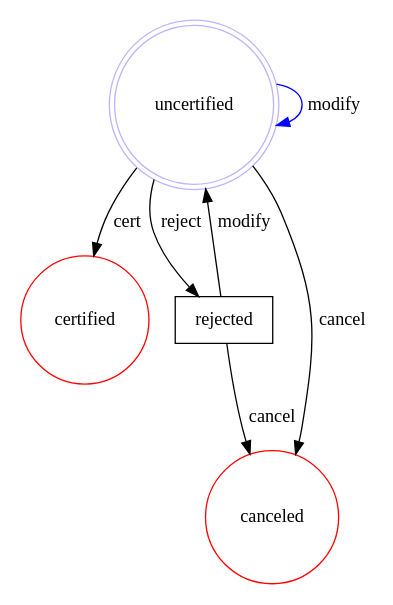
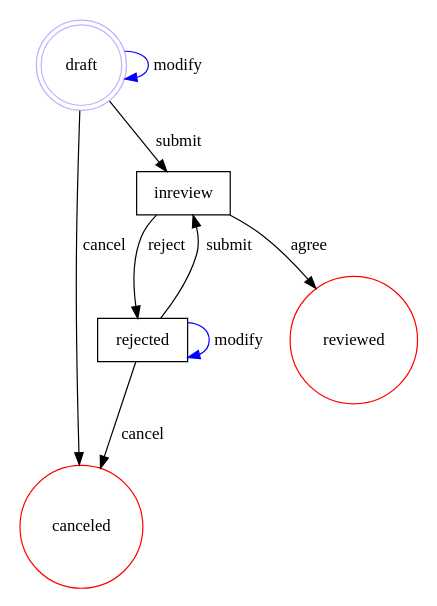
Before and after one commit to clszzyh/flexflow: the diagram in README.md, drawn with Graphviz. The commit also changed other lines of this file and 6 other files, not shown here.

````diff
--- a/README.md
+++ b/README.md
@@ -80,17 +85,20 @@
 ```dot
 // custom_mark10
-digraph verify {
+digraph review {
   size = "4,4";
-  uncertified [label=uncertified,shape=doublecircle,color=".7 .3 1.0"];
-  certified [label=certified,shape=circle,color=red];
+  draft [label=draft,shape=doublecircle,color=".7 .3 1.0"];
+  canceled [label=canceled,shape=circle,color=red];
+  reviewed [label=reviewed,shape=circle,color=red];
   rejected [label=rejected,shape=box];
-  canceled [label=canceled,shape=circle,color=red];
-  uncertified -> certified [label=cert];
-  uncertified -> uncertified [label=modify,color=blue];
-  uncertified -> rejected [label=reject];
-  uncertified -> canceled [label=cancel];
-  rejected -> uncertified [label=modify];
+  inreview [label=inreview,shape=box];
+  draft -> inreview [label=submit];
+  draft -> draft [label=modify,color=blue];
+  draft -> canceled [label=cancel];
+  rejected -> inreview [label=submit];
+  rejected -> rejected [label=modify,color=blue];
   rejected -> canceled [label=cancel];
+  inreview -> reviewed [label=agree];
+  inreview -> rejected [label=reject];
 }
 // custom_mark10
 ```
````
